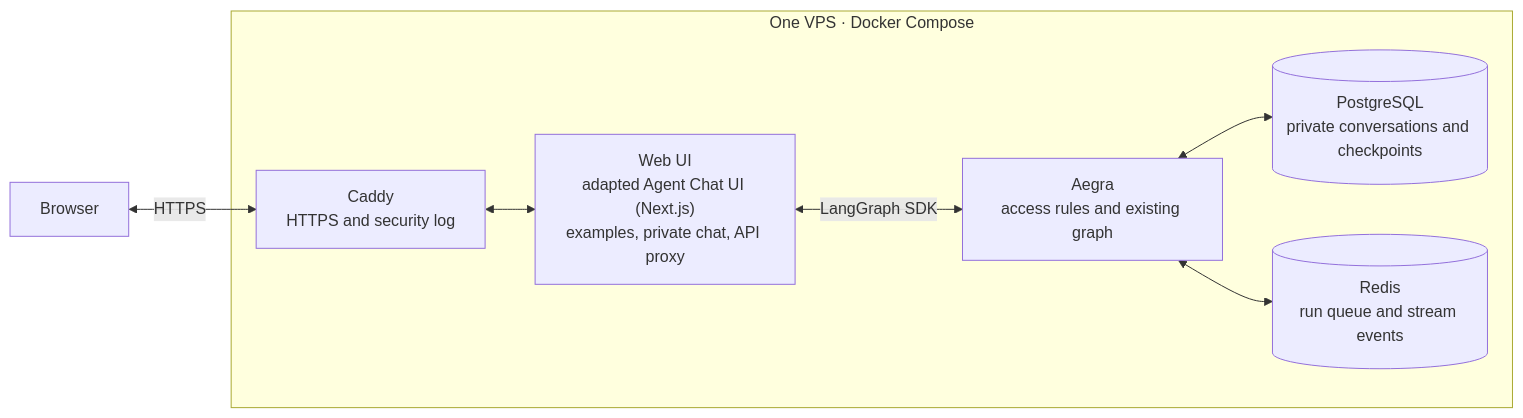
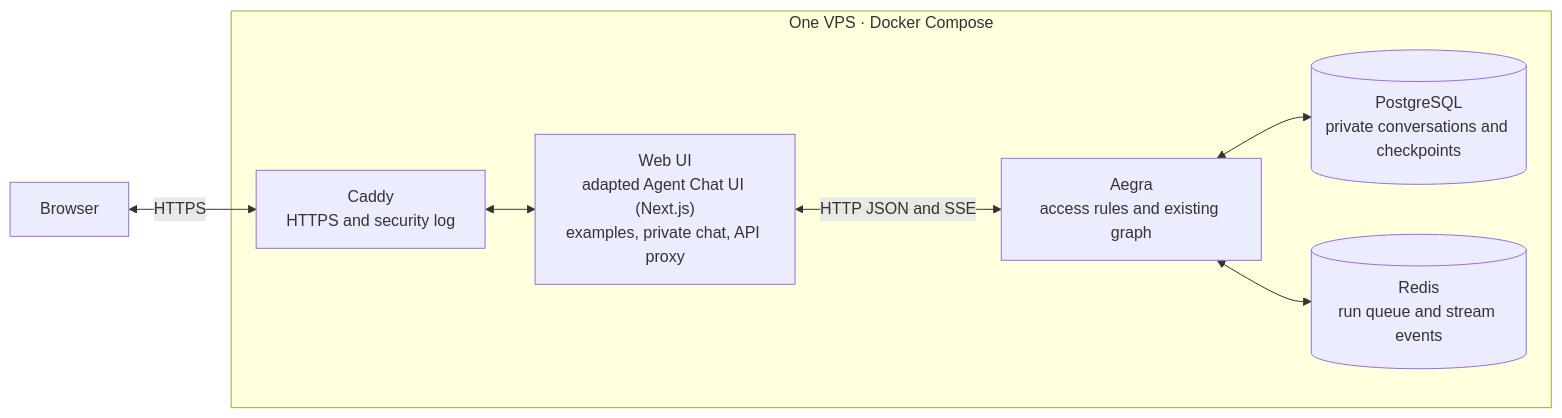
One commit to avashchenkov/out-of-frame changed the diagram in docs/demo-architecture.md. Above: the diagram before and after it, drawn with Mermaid. The commit also changed other lines of this file and 12 other files, not shown here.

````diff
--- a/docs/demo-architecture.md
+++ b/docs/demo-architecture.md
@@ -13,16 +13,16 @@
 ```mermaid
 flowchart LR
     B["Browser"]
     subgraph VPS["One VPS · Docker Compose"]
         C["Caddy<br/>HTTPS and security log"]
         UI["Web UI<br/>adapted Agent Chat UI (Next.js)<br/>examples, private chat, API proxy"]
         API["Aegra<br/>access rules and existing graph"]
         DB[("PostgreSQL<br/>private conversations and checkpoints")]
         R[("Redis<br/>run queue and stream events")]
-        UI <-->|"LangGraph SDK"| API
+        UI <-->|"HTTP JSON and SSE"| API
         API <--> DB
         API <--> R
     end
     B <-->|"HTTPS"| C
     C <--> UI
 ```
````
